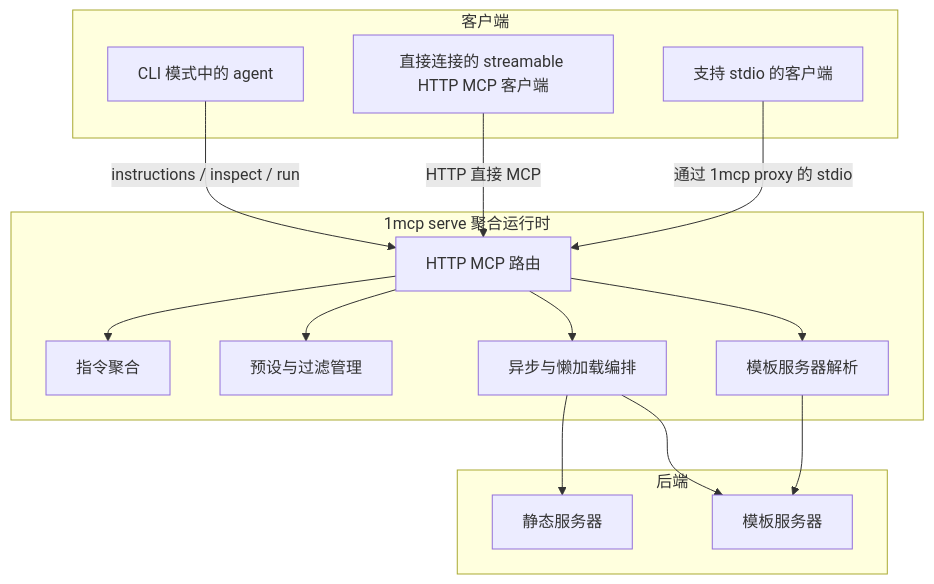
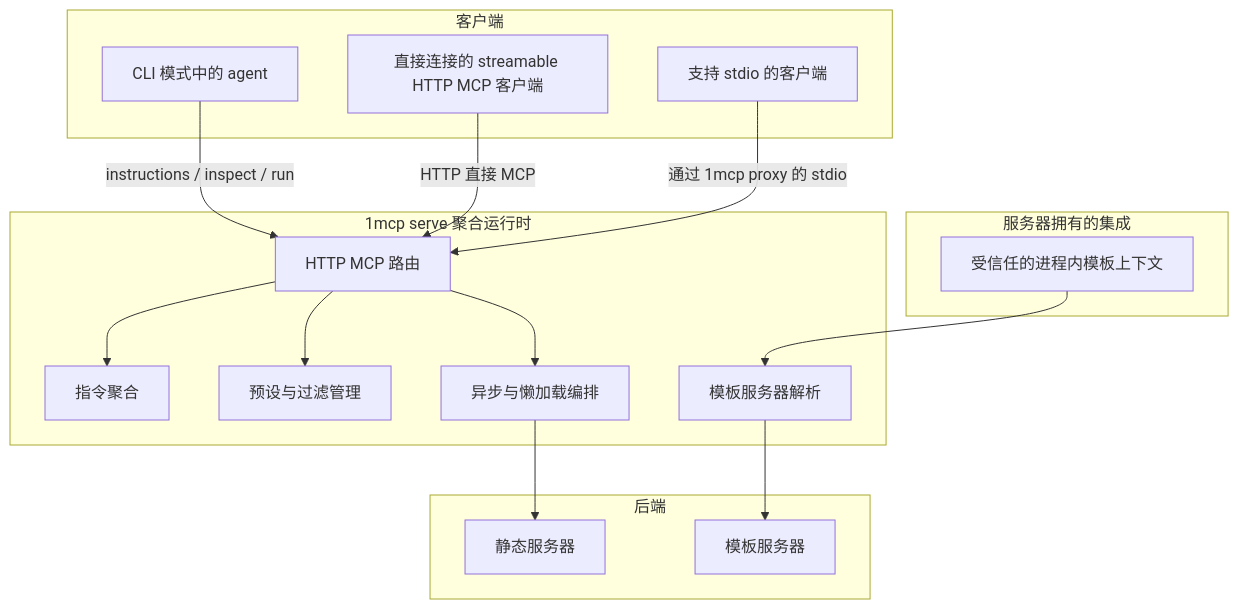
The diagram in docs/zh/reference/architecture.md (1mcp-app/agent), drawn with Mermaid before and after one commit. The commit also changed other lines of this file and 68 other files, not shown here.

First line of the commit message:
feat: enhance OAuth flow to restrict operations to configured static connections

````diff
--- a/docs/zh/reference/architecture.md
+++ b/docs/zh/reference/architecture.md
@@ -27,32 +27,35 @@
 ```mermaid
 flowchart TB
     subgraph Clients["客户端"]
         A1[CLI 模式中的 agent]
         A2[直接连接的 streamable HTTP MCP 客户端]
         A3[支持 stdio 的客户端]
+    end
+
+    subgraph Trusted["服务器拥有的集成"]
+        T1[受信任的进程内模板上下文]
     end
 
     subgraph Runtime["1mcp serve 聚合运行时"]
         B1[HTTP MCP 路由]
         B2[指令聚合]
         B3[预设与过滤管理]
         B4[异步与懒加载编排]
         B5[模板服务器解析]
     end
 
     subgraph Backends["后端"]
         C1[静态服务器]
         C2[模板服务器]
     end
 
     A1 -->|instructions / inspect / run| B1
     A2 -->|HTTP 直接 MCP| B1
     A3 -->|通过 1mcp proxy 的 stdio| B1
     B1 --> B2
     B1 --> B3
     B1 --> B4
-    B1 --> B5
+    T1 --> B5
     B5 --> C2
     B4 --> C1
-    B4 --> C2
 ```
````
